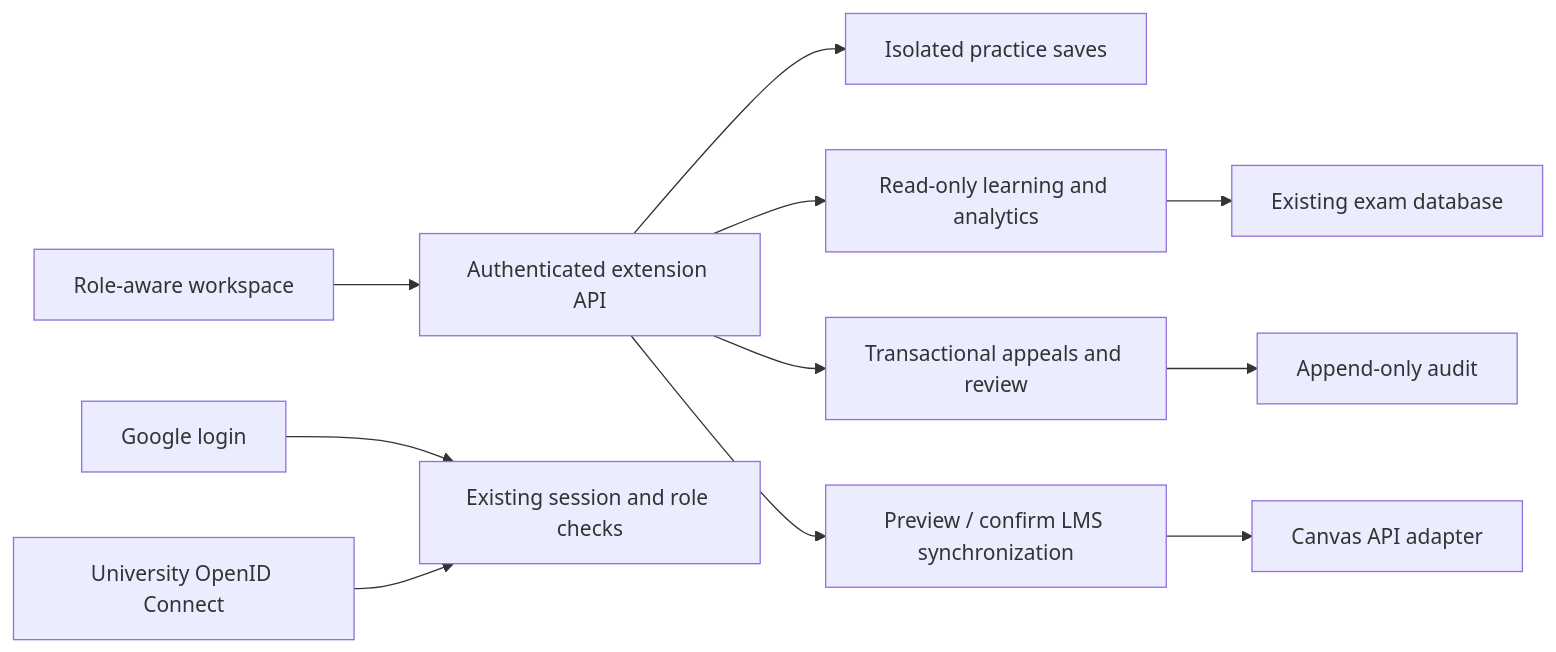
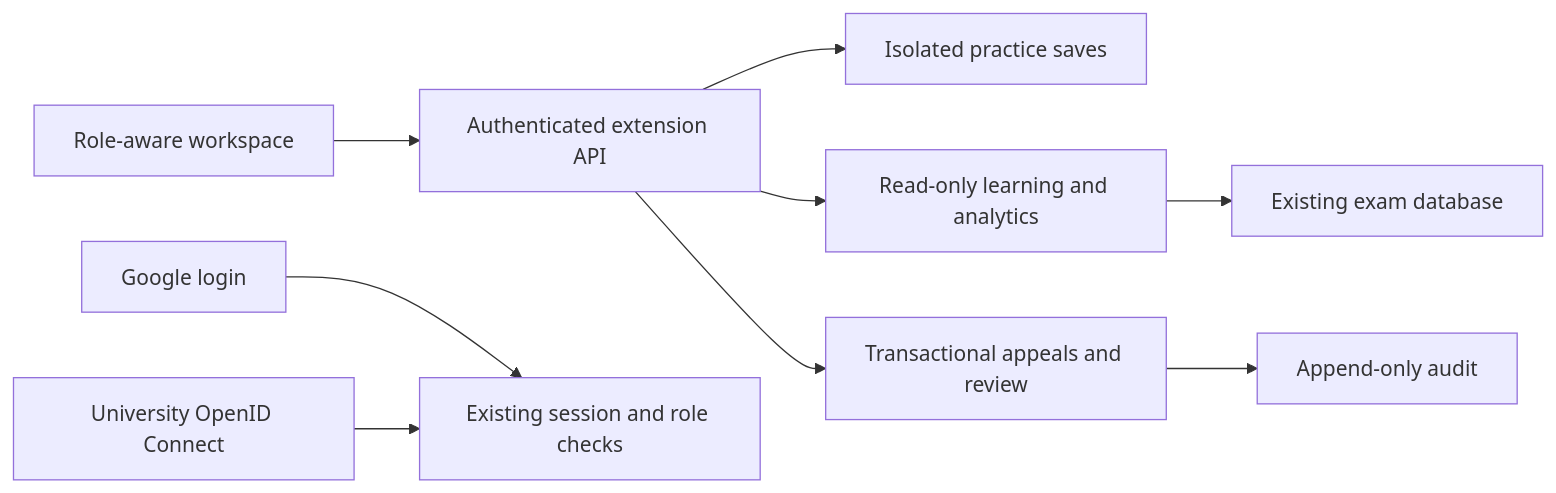
The diagram in docs/EXPANSION-DESIGN.md (kaushikk1999/SecureExam-Pro), drawn with Mermaid before and after one commit. The commit also changed other lines of this file and 8 other files, not shown here.

Commit message:
Remove Canvas LMS integration

````diff
--- a/docs/EXPANSION-DESIGN.md
+++ b/docs/EXPANSION-DESIGN.md
@@ -7,13 +7,11 @@
 ```mermaid
 flowchart LR
   UI[Role-aware workspace] --> API[Authenticated extension API]
   API --> Practice[Isolated practice saves]
   API --> Reports[Read-only learning and analytics]
   API --> Cases[Transactional appeals and review]
-  API --> LMS[Preview / confirm LMS synchronization]
   Reports --> Core[Existing exam database]
   Cases --> Audit[Append-only audit]
-  LMS --> Canvas[Canvas API adapter]
   Google[Google login] --> Auth
   OIDC[University OpenID Connect] --> Auth[Existing session and role checks]
 ```
````
